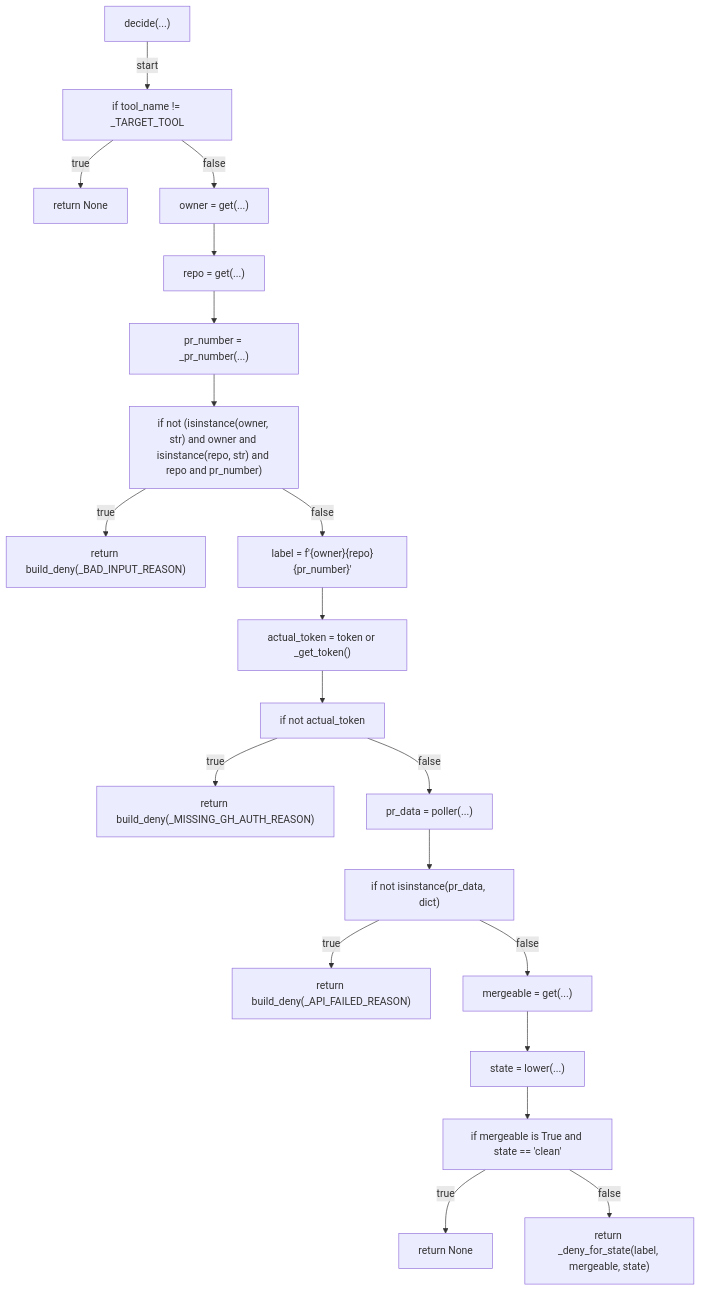
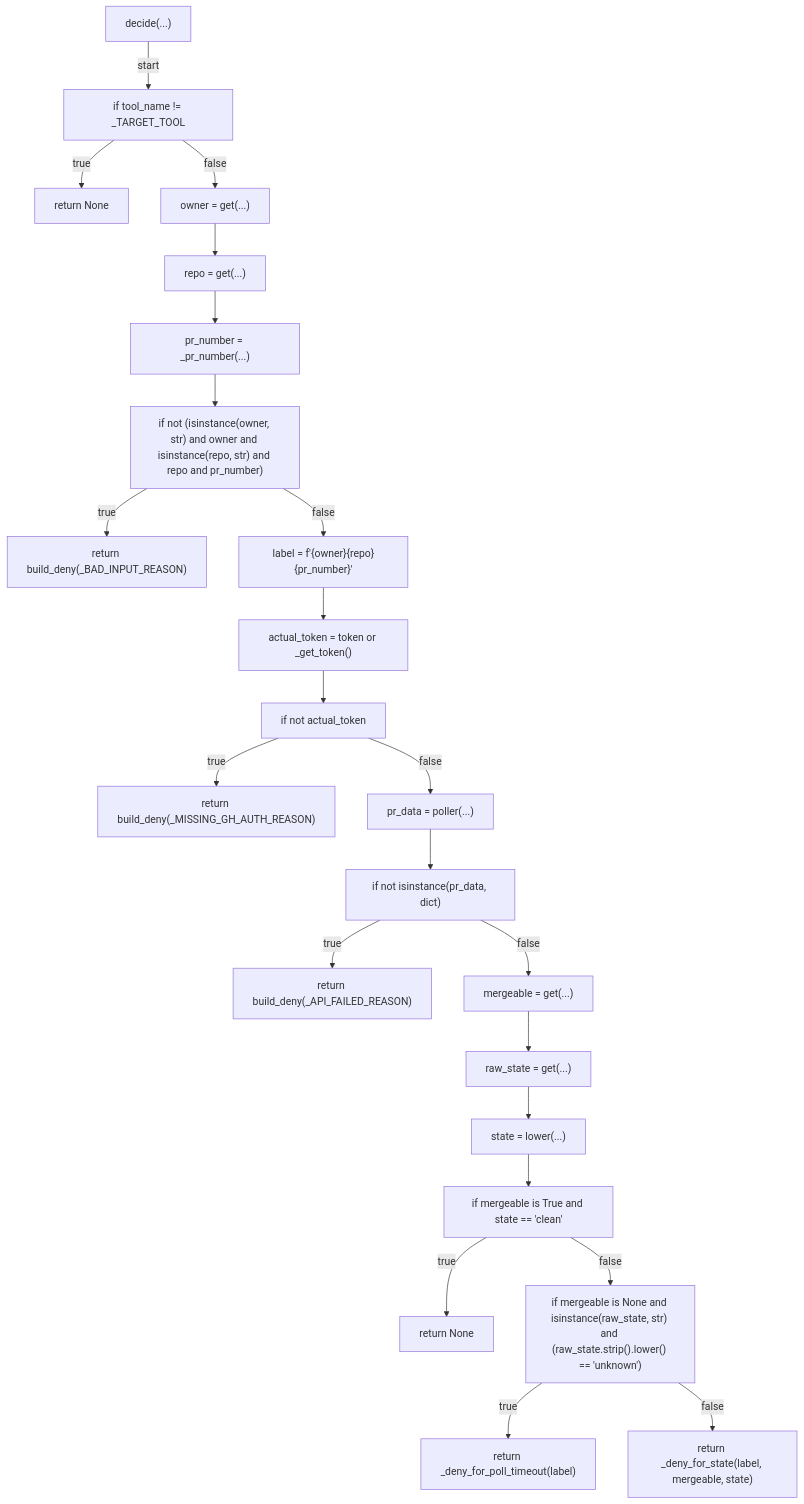
The fourth of 5 diagrams in docs/generated/scripts/ast/gate_merge_safety.md (tvna/claude-md), drawn with Mermaid before and after one commit. The commit also changed other lines of this file, not shown here.

Commit message:
docs(generated): regenerate decision tree and workflow diagrams
Refs #960

````diff
--- a/docs/generated/scripts/ast/gate_merge_safety.md
+++ b/docs/generated/scripts/ast/gate_merge_safety.md
@@ -39,42 +50,48 @@
 ```mermaid
 flowchart TD
     N001["decide(...)"]
     N002["if tool_name != _TARGET_TOOL"]
     N003["return None"]
     N004["owner = get(...)"]
     N005["repo = get(...)"]
     N006["pr_number = _pr_number(...)"]
     N007["if not (isinstance(owner, str) and owner and isinstance(repo, str) and repo and pr_number)"]
     N008["return build_deny(_BAD_INPUT_REASON)"]
     N009["label = f'{owner}<str>{repo}<str>{pr_number}'"]
     N010["actual_token = token or _get_token()"]
     N011["if not actual_token"]
     N012["return build_deny(_MISSING_GH_AUTH_REASON)"]
     N013["pr_data = poller(...)"]
     N014["if not isinstance(pr_data, dict)"]
     N015["return build_deny(_API_FAILED_REASON)"]
     N016["mergeable = get(...)"]
-    N017["state = lower(...)"]
-    N018["if mergeable is True and state == 'clean'"]
-    N019["return None"]
-    N020["return _deny_for_state(label, mergeable, state)"]
+    N017["raw_state = get(...)"]
+    N018["state = lower(...)"]
+    N019["if mergeable is True and state == 'clean'"]
+    N020["return None"]
+    N021["if mergeable is None and isinstance(raw_state, str) and (raw_state.strip().lower() == 'unknown')"]
+    N022["return _deny_for_poll_timeout(label)"]
+    N023["return _deny_for_state(label, mergeable, state)"]
     N001 -->|"start"| N002
     N002 -->|"true"| N003
     N002 -->|"false"| N004
     N004 --> N005
     N005 --> N006
     N006 --> N007
     N007 -->|"true"| N008
     N007 -->|"false"| N009
     N009 --> N010
     N010 --> N011
     N011 -->|"true"| N012
     N011 -->|"false"| N013
     N013 --> N014
     N014 -->|"true"| N015
     N014 -->|"false"| N016
     N016 --> N017
     N017 --> N018
-    N018 -->|"true"| N019
-    N018 -->|"false"| N020
+    N018 --> N019
+    N019 -->|"true"| N020
+    N019 -->|"false"| N021
+    N021 -->|"true"| N022
+    N021 -->|"false"| N023
 ```
````
